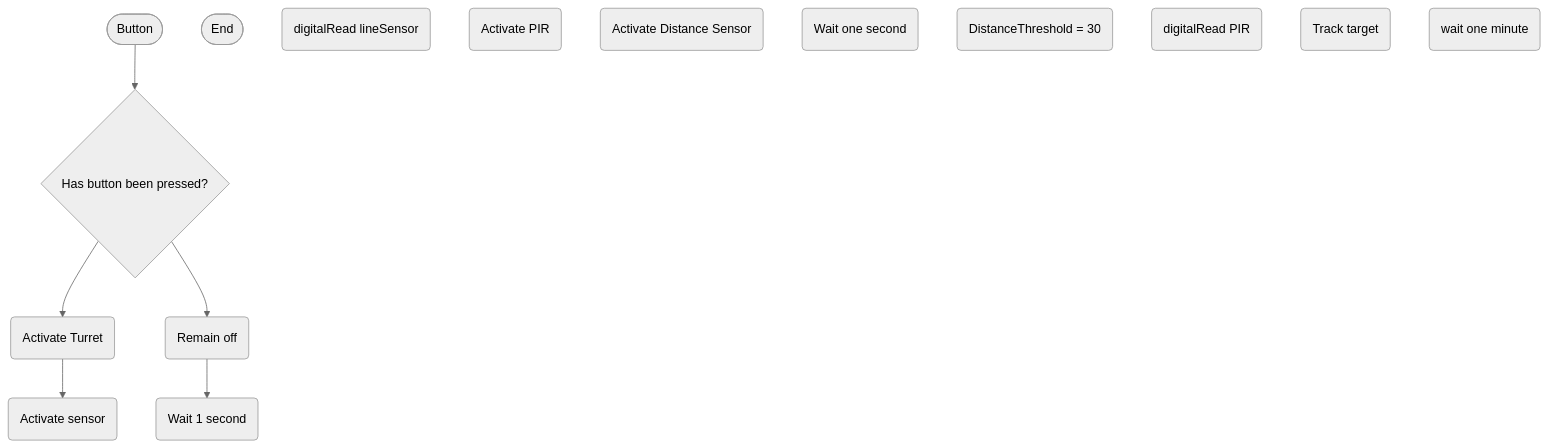
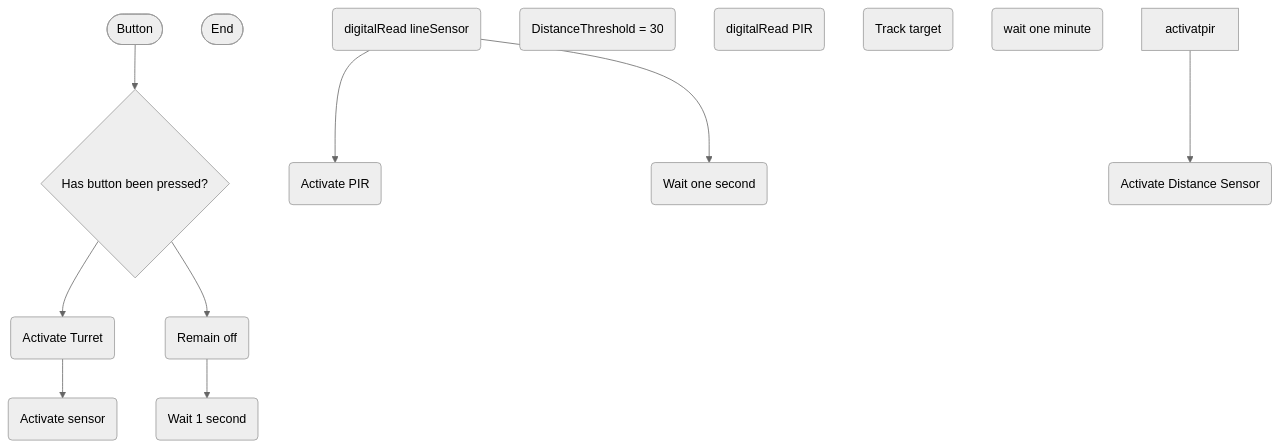
One commit to Zac2259/Smart-Turret changed the diagram in logic.md. Above: the diagram before and after it, drawn with Mermaid (neutral theme).

````diff
--- a/logic.md
+++ b/logic.md
@@ -1,26 +1,29 @@
  ```mermaid
  flowchart TD
  %%standby logic
 terminalStart([Button])
  terminalEnd([End])
 Buttontrigger{Has button been pressed?}
 activateturret(Activate Turret)
 activatesensor(Activate sensor)
 remainoff(Remain off)
 loop(Wait 1 second)
 %%Tracking logic
 Readline(digitalRead lineSensor)
 activatepir(Activate PIR)
 activatedistance(Activate Distance Sensor)
 loop2(Wait one second)
 distance(DistanceThreshold = 30)
 ReadPIR(digitalRead PIR)
 track(Track target)
 loop3(wait one minute)
 terminalStart --> Buttontrigger
 Buttontrigger --> activateturret
 activateturret --> activatesensor
 Buttontrigger --> remainoff
 remainoff --> loop
+Readline --> activatepir
+Readline --> loop2
+activatpir --> activatedistance
 
  ```
````
